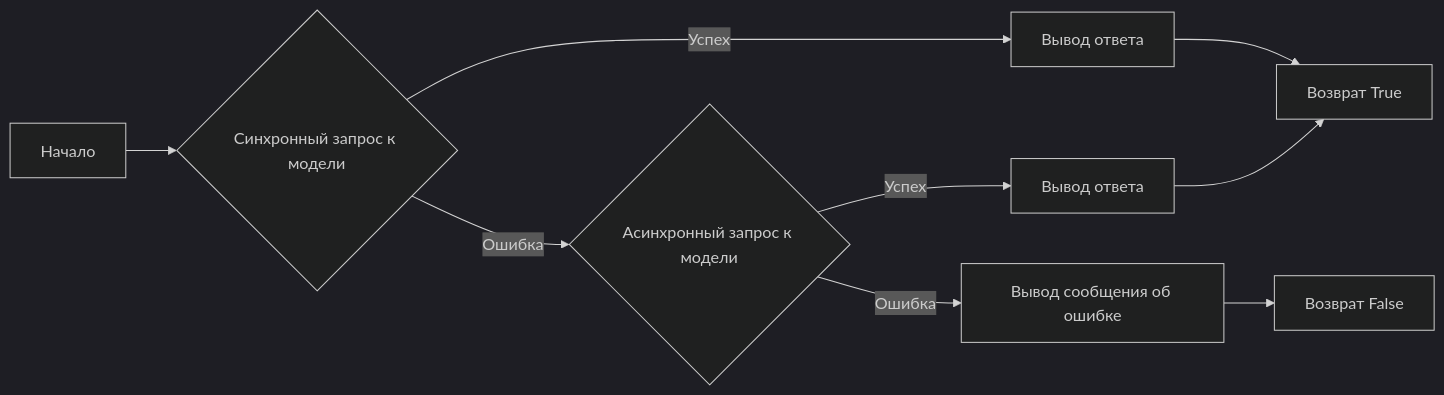
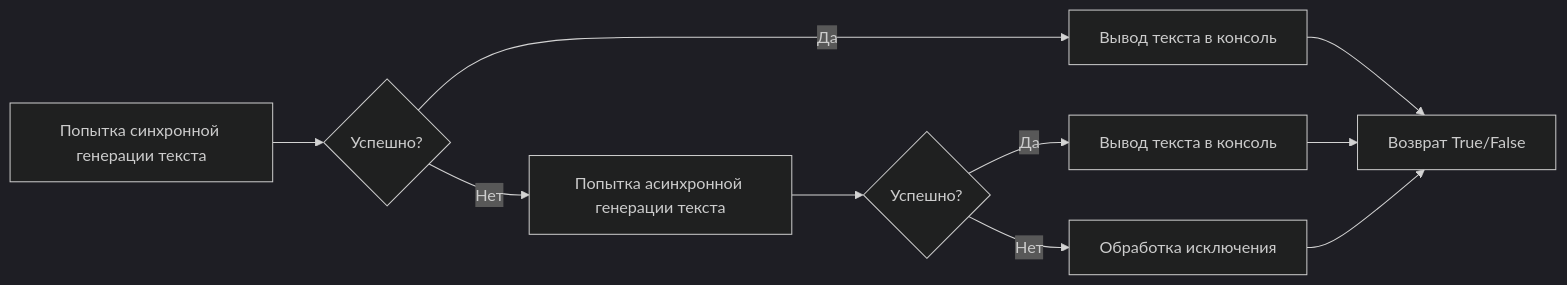
The first of 2 diagrams in docs/ru/src/endpoints/gpt4free/etc/testing/test_all.py.md (hypo69/hypotez), drawn with Mermaid (dark theme) before and after one commit. The commit also changed other lines of this file and 1431 other files, not shown here.

````diff
--- a/docs/ru/src/endpoints/gpt4free/etc/testing/test_all.py.md
+++ b/docs/ru/src/endpoints/gpt4free/etc/testing/test_all.py.md
@@ -51,11 +39,13 @@
 ```mermaid
 graph LR
-A[Начало] --> B{Синхронный запрос к модели};
-B -- Успех --> C[Вывод ответа];
-C --> D[Возврат True];
-B -- Ошибка --> E{Асинхронный запрос к модели};
-E -- Успех --> F[Вывод ответа];
-F --> D;
-E -- Ошибка --> G[Вывод сообщения об ошибке];
-G --> H[Возврат False];
+    A[Попытка синхронной генерации текста] --> B{Успешно?};
+    B -- Да --> C[Вывод текста в консоль];
+    B -- Нет --> D[Попытка асинхронной генерации текста];
+    D --> E{Успешно?};
+    E -- Да --> F[Вывод текста в консоль];
+    E -- Нет --> G[Обработка исключения];
+    C --> H[Возврат True];
+    F --> H;
+    G --> H;
+    H[Возврат True/False];
 ```
````
